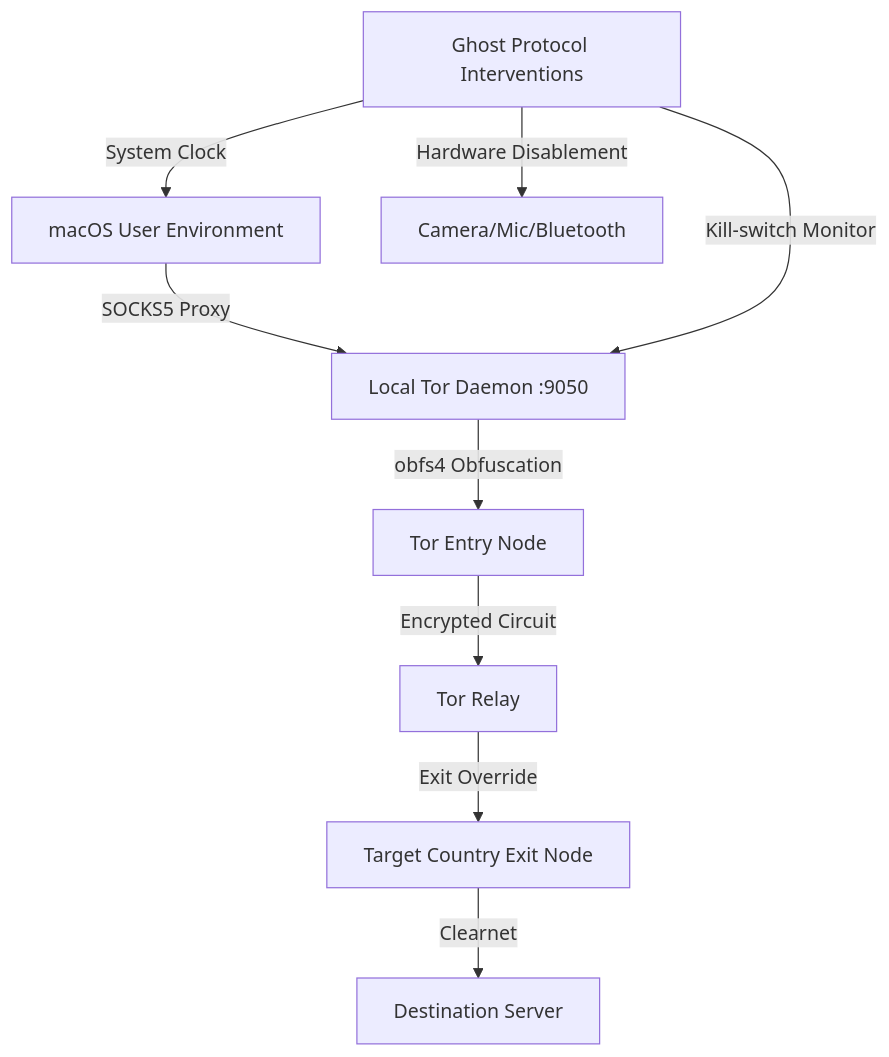
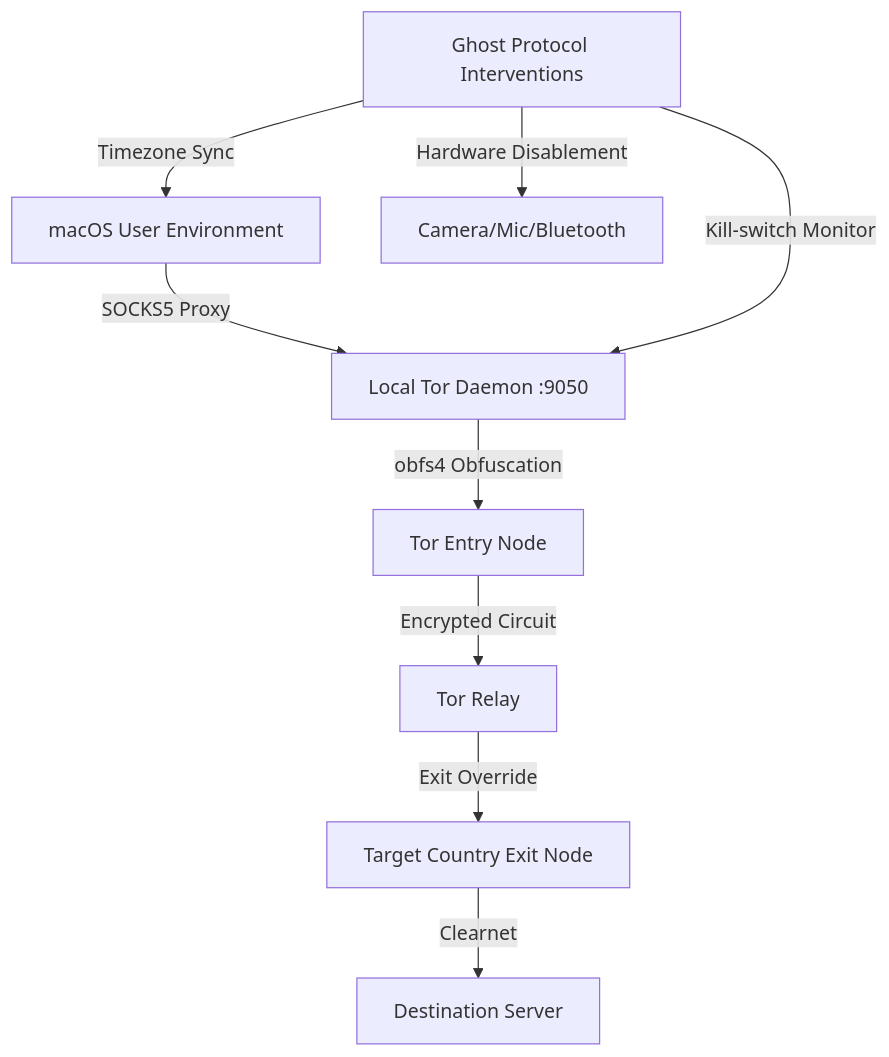
One commit to krsna016/GhostProtocol changed the diagram in README.md. Above: the diagram before and after it, drawn with Mermaid. The commit also changed other lines of this file and 1 other file, not shown here.

````diff
--- a/README.md
+++ b/README.md
@@ -22,12 +22,12 @@
 ```mermaid
 graph TD
     User[macOS User Environment] -->|SOCKS5 Proxy| TorDaemon[Local Tor Daemon :9050]
     TorDaemon -->|obfs4 Obfuscation| EntryNode[Tor Entry Node]
     EntryNode -->|Encrypted Circuit| RelayNode[Tor Relay]
     RelayNode -->|Exit Override| ExitNode[Target Country Exit Node]
     ExitNode -->|Clearnet| TargetWebsite[Destination Server]
     
-    sublayer[Ghost Protocol Interventions] -->|System Clock| User
+    sublayer[Ghost Protocol Interventions] -->|Timezone Sync| User
     sublayer -->|Kill-switch Monitor| TorDaemon
     sublayer -->|Hardware Disablement| MacDaemons[Camera/Mic/Bluetooth]
 ```
````
